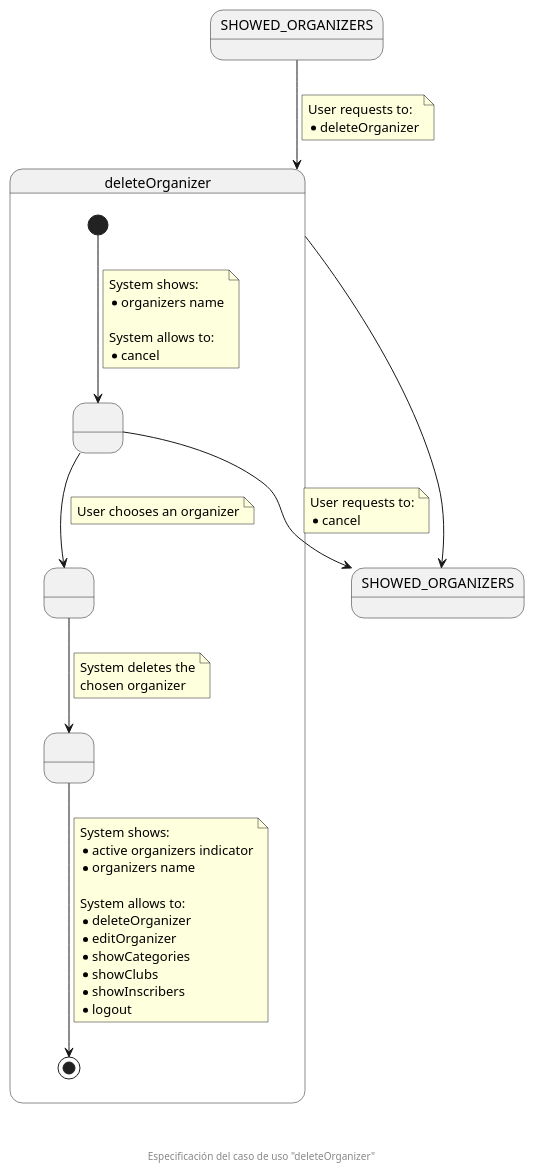
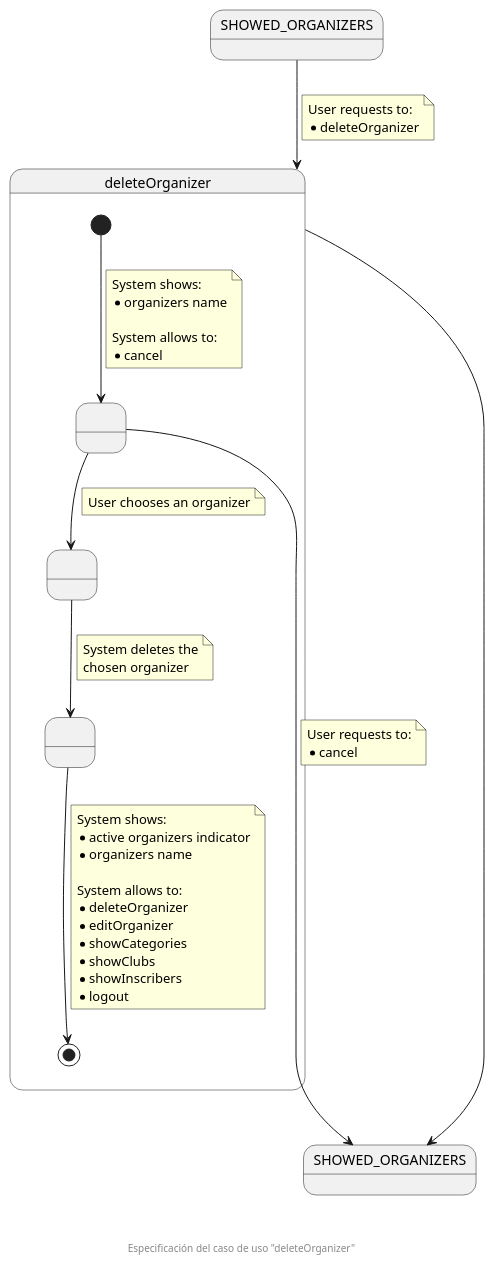
The diagram in documentation/diagrams/1_requirements/3_useCasesSpecification/organizationSecretary/08_deleteOrganizer.puml (zuldare/mastercloud_pfm_halterocms), drawn with PlantUML before and after one commit. The commit also changed 2 other files, not shown here.

Commit message:
Fix delete use cases specification

```diff
--- a/documentation/diagrams/1_requirements/3_useCasesSpecification/organizationSecretary/08_deleteOrganizer.puml
+++ b/documentation/diagrams/1_requirements/3_useCasesSpecification/organizationSecretary/08_deleteOrganizer.puml
@@ -1,60 +1,60 @@
 @startuml
 state SHOWED_ORGANIZERS
 state "SHOWED_ORGANIZERS" as SHOWED_ORGANIZERS_F
 state deleteOrganizer {
   state " " as SHOWED_ORGANIZERS_TO_BE_DELETED
   state " " as CHOSEN_ORGANIZER
   state " " as ORGANIZER_DELETED
 
   [*] --> SHOWED_ORGANIZERS_TO_BE_DELETED
   note on link
     System shows:
     * organizers name
 
     System allows to:
     * cancel
   end note
   
   SHOWED_ORGANIZERS_TO_BE_DELETED --> CHOSEN_ORGANIZER
   note on link
     User chooses an organizer
   end note
 
-  SHOWED_ORGANIZERS_TO_BE_DELETED --> SHOWED_ORGANIZERS_F
+  SHOWED_ORGANIZERS_TO_BE_DELETED -down-> SHOWED_ORGANIZERS_F
   note on link
     User requests to:
     * cancel
   end note
 
   CHOSEN_ORGANIZER --> ORGANIZER_DELETED
   note on link
     System deletes the
     chosen organizer
   end note
 
   ORGANIZER_DELETED --> [*]
   note on link
     System shows:
     * active organizers indicator
     * organizers name
 
     System allows to:
     * deleteOrganizer
     * editOrganizer
     * showCategories
     * showClubs
     * showInscribers
     * logout
   end note
 }
 
 SHOWED_ORGANIZERS --> deleteOrganizer
 note on link
   User requests to:
   * deleteOrganizer
 end note
 
-deleteOrganizer --> SHOWED_ORGANIZERS_F
+deleteOrganizer ------> SHOWED_ORGANIZERS_F
 
 footer \n\n\n Especificación del caso de uso "deleteOrganizer"
 @enduml
```
